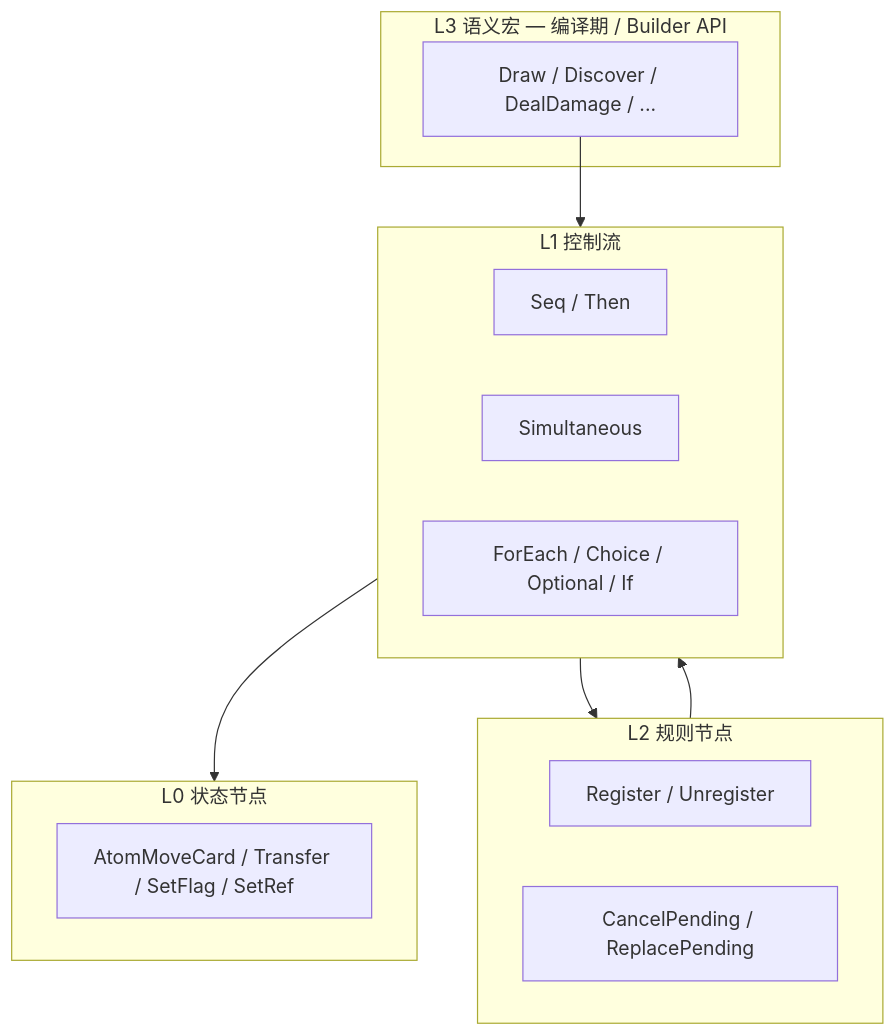
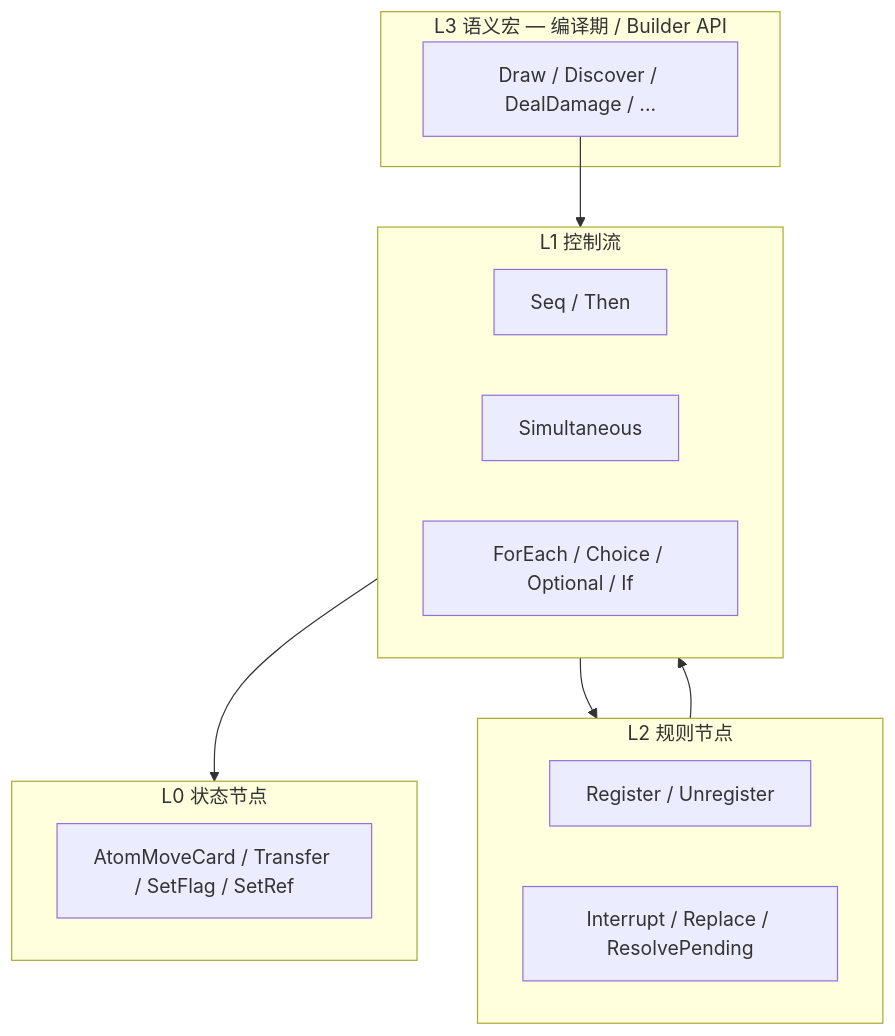
The diagram in docs/design/07-composition.md (BlastMasterCreeper/arkhamhorror), drawn with Mermaid before and after one commit. The commit also changed other lines of this file and 107 other files, not shown here.

````diff
--- a/docs/design/07-composition.md
+++ b/docs/design/07-composition.md
@@ -37,22 +37,22 @@
 ```mermaid
 flowchart TB
     subgraph L3 [L3 语义宏 — 编译期 / Builder API]
         Macro[Draw / Discover / DealDamage / ...]
     end
     subgraph L2 [L2 规则节点]
         Reg[Register / Unregister]
-        Pend[CancelPending / ReplacePending]
+        Pend[Interrupt / Replace / ResolvePending]
     end
     subgraph L1 [L1 控制流]
         Seq[Seq / Then]
         Sim[Simultaneous]
         Loop[ForEach / Choice / Optional / If]
     end
     subgraph L0 [L0 状态节点]
         Atom[AtomMoveCard / Transfer / SetFlag / SetRef]
     end
     Macro --> L1
     L2 --> L1
     L1 --> L0
     L1 --> L2
 ```
````
